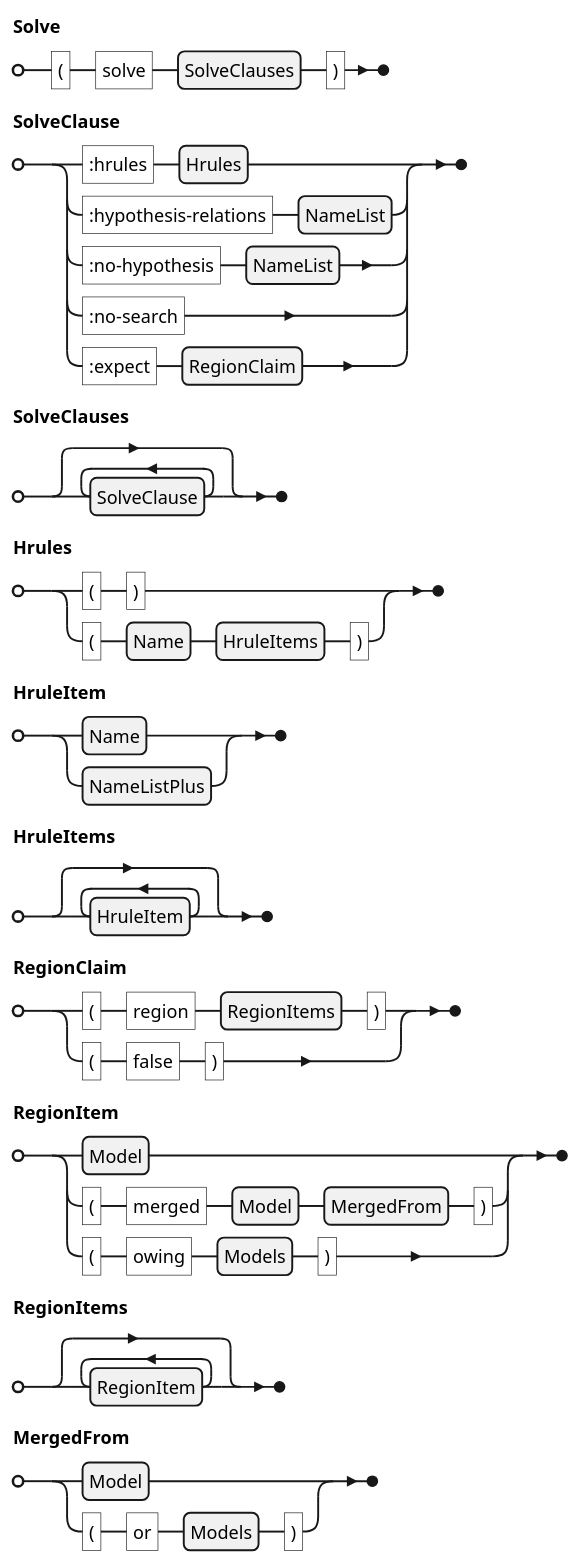
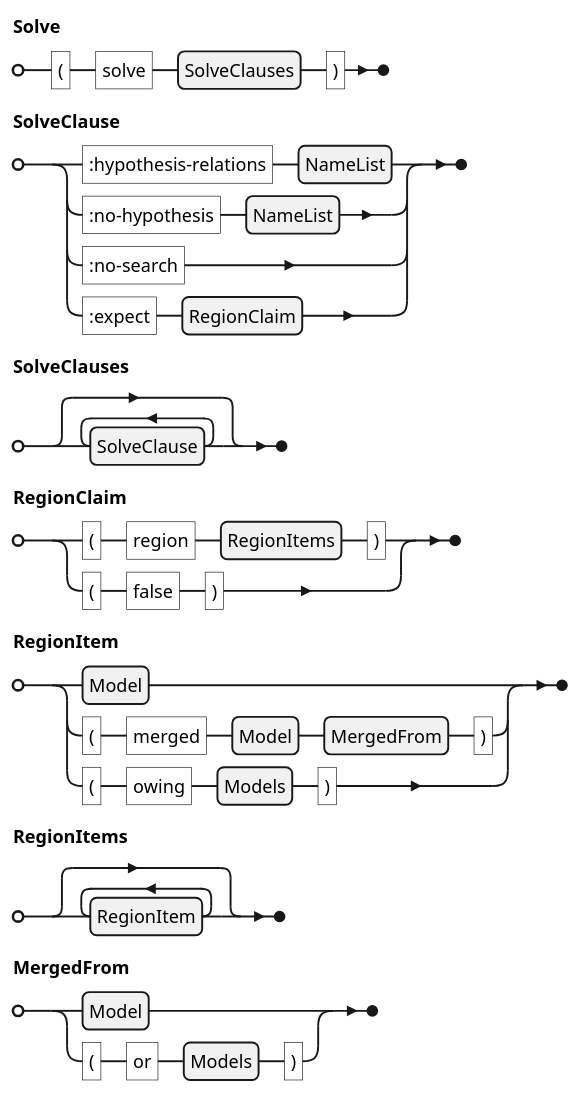
The diagram in docs/ein/user/04-reference/diagrams/01-grammar-phrase-solve.puml (agutikov/ein), drawn with PlantUML before and after one commit. The commit also changed 119 other files, not shown here.

First line of the commit message:
The pages and the decisions say a hypothesis rule is a rule that concludes (open F), activated by the facts of its name a program writes, with no hrule form and no :hrules clause; Q-M1f.567 filed (S1f.21.18, task 4).

```diff
--- a/docs/ein/user/04-reference/diagrams/01-grammar-phrase-solve.puml
+++ b/docs/ein/user/04-reference/diagrams/01-grammar-phrase-solve.puml
@@ -1,17 +1,13 @@
 @startebnf
 Solve = "(" , "solve" , SolveClauses , ")" ;
 SolveClause =
-    ":hrules" , Hrules
-  | ":hypothesis-relations" , NameList
+    ":hypothesis-relations" , NameList
   | ":no-hypothesis" , NameList
   | ":no-search"
   | ":expect" , RegionClaim ;
 SolveClauses = { SolveClause } ;
-Hrules = "(" , ")" | "(" , Name , HruleItems , ")" ;
-HruleItem = Name | NameListPlus ;
-HruleItems = { HruleItem } ;
 RegionClaim = "(" , "region" , RegionItems , ")" | "(" , "false" , ")" ;
 RegionItem = Model | "(" , "merged" , Model , MergedFrom , ")" | "(" , "owing" , Models , ")" ;
 RegionItems = { RegionItem } ;
 MergedFrom = Model | "(" , "or" , Models , ")" ;
 @endebnf
```
